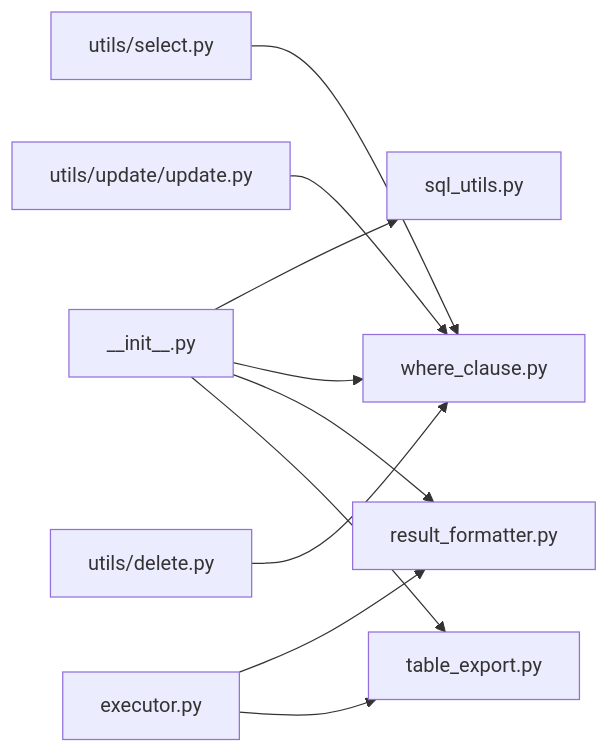
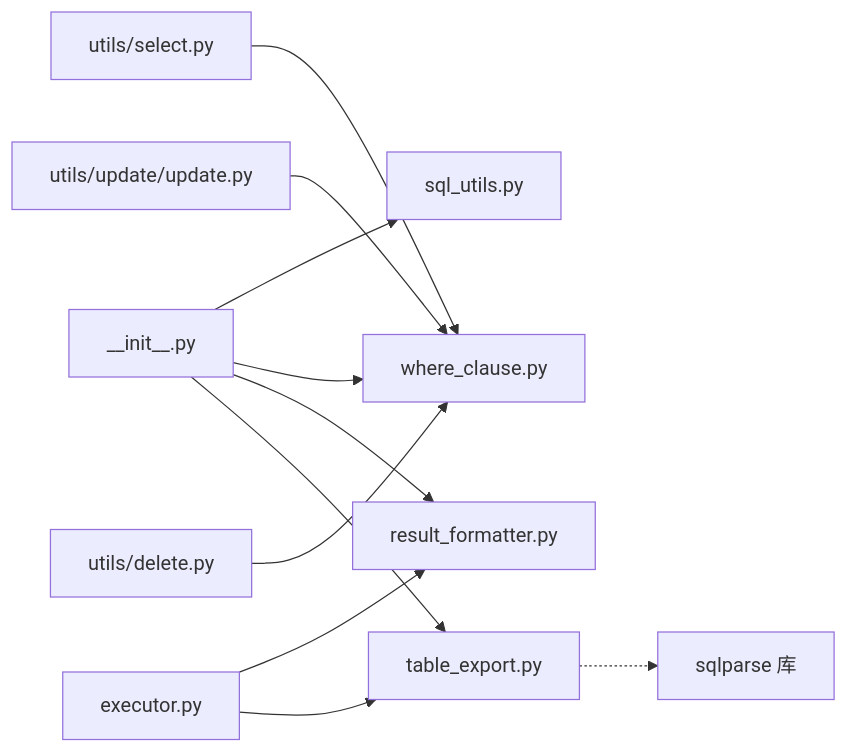
Before and after one commit to tinycen/lazy_mysql: the seventh of 7 diagrams in .qoder/repowiki/zh/content/工具函数.md, drawn with Mermaid. The commit also changed other lines of this file and 3 other files, not shown here.

First line of the commit message:
feat(tools): 新增视图支持与参数化查询功能

````diff
--- a/.qoder/repowiki/zh/content/工具函数.md
+++ b/.qoder/repowiki/zh/content/工具函数.md
@@ -308,12 +324,13 @@
 ```mermaid
 graph LR
 Init["__init__.py"] --> SU["sql_utils.py"]
 Init --> WC["where_clause.py"]
 Init --> RF["result_formatter.py"]
 Init --> TE["table_export.py"]
 Exec["executor.py"] --> RF
 Exec --> TE
 Sel["utils/select.py"] --> WC
 Upd["utils/update/update.py"] --> WC
 Del["utils/delete.py"] --> WC
+TE -.-> SP["sqlparse 库"]
 ```
````
